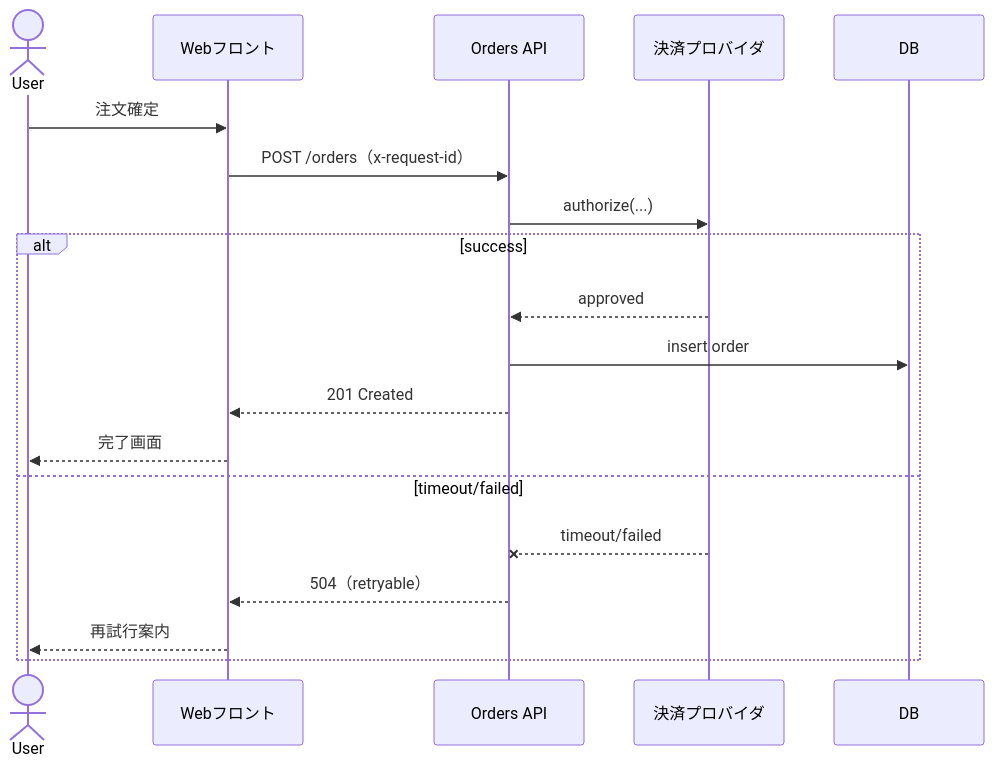
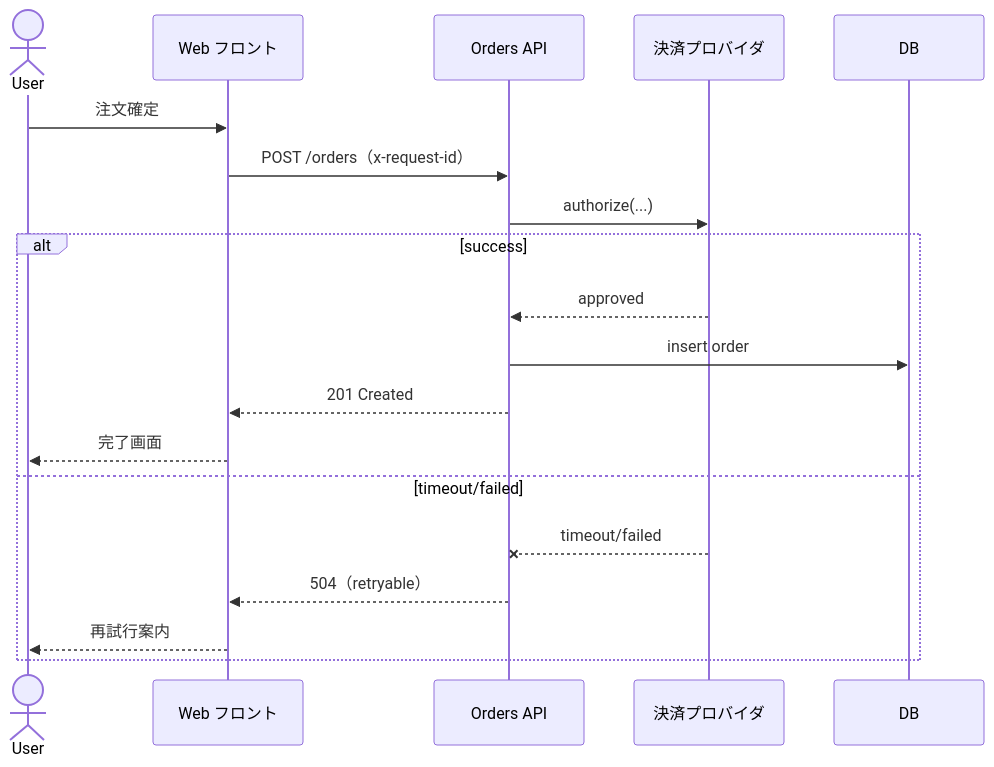
Before and after one commit to itdojp/engineering-documentation-book: the third of 3 diagrams in docs/chapters/chapter-05/index.md, drawn with Mermaid. The commit also changed other lines of this file and 32 other files, not shown here.

````diff
--- a/docs/chapters/chapter-05/index.md
+++ b/docs/chapters/chapter-05/index.md
@@ -88,22 +88,22 @@
 ```mermaid
 sequenceDiagram
   actor U as User
-  participant W as Webフロント
+  participant W as Web フロント
   participant A as Orders API
   participant P as 決済プロバイダ
   participant D as DB
 
   U->>W: 注文確定
   W->>A: POST /orders（x-request-id）
   A->>P: authorize(...)
   alt success
     P-->>A: approved
     A->>D: insert order
     A-->>W: 201 Created
     W-->>U: 完了画面
   else timeout/failed
     P--xA: timeout/failed
     A-->>W: 504（retryable）
     W-->>U: 再試行案内
   end
 ```
````
